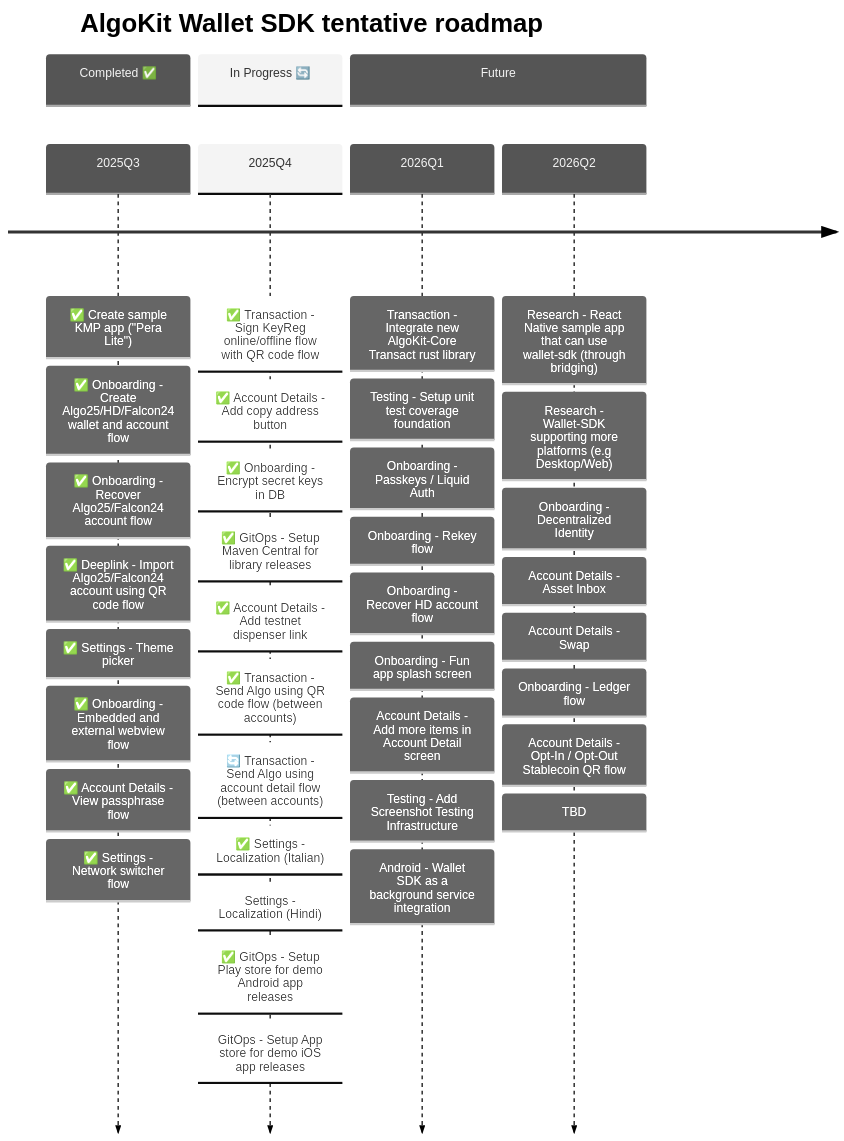
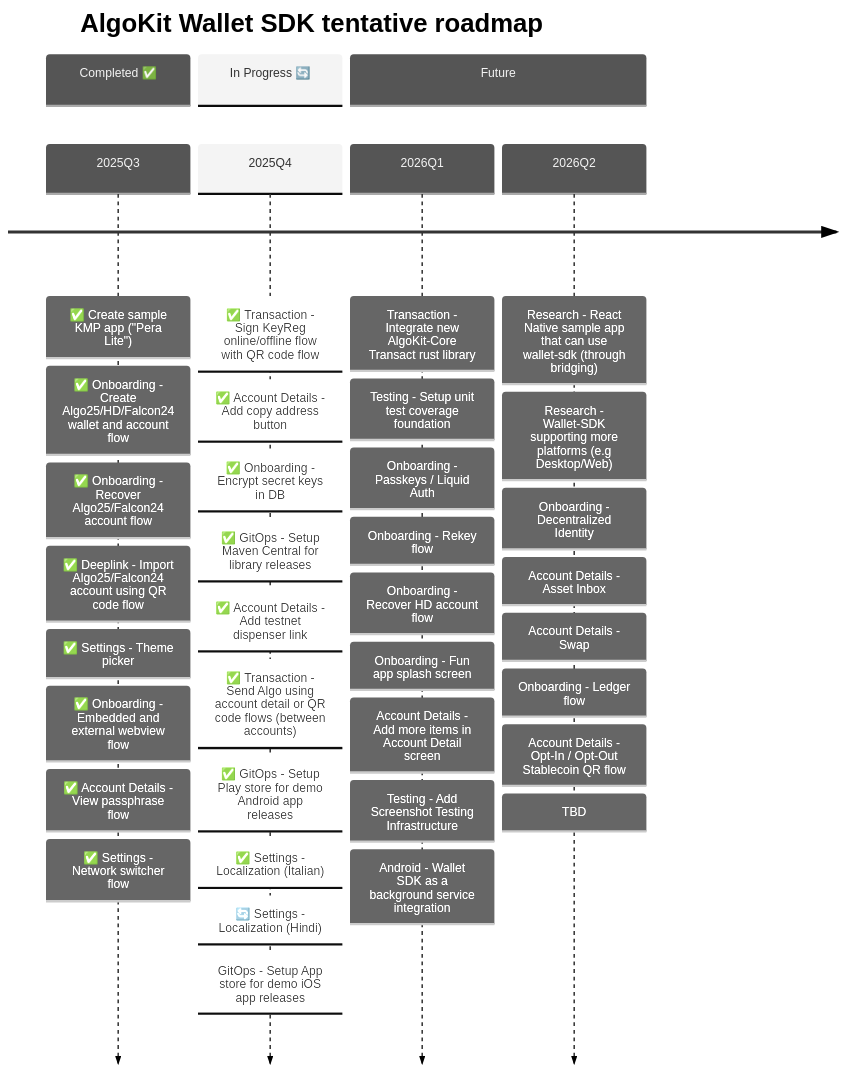
Before and after one commit to michaeltchuang/algokit-walletsdk-kmp: the second of 3 diagrams in README.md, drawn with Mermaid. The commit also changed other lines of this file and 17 other files, not shown here.

````diff
--- a/README.md
+++ b/README.md
@@ -67,50 +67,49 @@
 ```mermaid
 ---
 config:
   theme: 'neutral'
 ---
 timeline
     title AlgoKit Wallet SDK tentative roadmap
 
     section Completed ✅
     2025Q3  : ✅ Create sample KMP app ("Pera Lite")
             : ✅ Onboarding - Create Algo25/HD/Falcon24 wallet and account flow
             : ✅ Onboarding - Recover Algo25/Falcon24 account flow
             : ✅ Deeplink - Import Algo25/Falcon24 account using QR code flow
             : ✅ Settings - Theme picker
             : ✅ Onboarding - Embedded and external webview flow
             : ✅ Account Details - View passphrase flow
             : ✅ Settings - Network switcher flow
 
     section In Progress 🔄
     2025Q4  : ✅ Transaction - Sign KeyReg online/offline flow with QR code flow
             : ✅ Account Details - Add copy address button
             : ✅ Onboarding - Encrypt secret keys in DB
             : ✅ GitOps - Setup Maven Central for library releases
             : ✅ Account Details - Add testnet dispenser link
-            : ✅ Transaction - Send Algo using QR code flow (between accounts)
-            : 🔄 Transaction - Send Algo using account detail flow (between accounts)
+            : ✅ Transaction - Send Algo using account detail or QR code flows (between accounts)
+            : ✅ GitOps - Setup Play store for demo Android app releases
             : ✅ Settings - Localization (Italian)
-            : Settings - Localization (Hindi)
-            : ✅ GitOps - Setup Play store for demo Android app releases
+            : 🔄 Settings - Localization (Hindi)
             : GitOps - Setup App store for demo iOS app releases
 
     section Future
     2026Q1  : Transaction - Integrate new AlgoKit-Core Transact rust library
             : Testing - Setup unit test coverage foundation
             : Onboarding - Passkeys / Liquid Auth
             : Onboarding - Rekey flow
             : Onboarding - Recover HD account flow
             : Onboarding - Fun app splash screen
             : Account Details - Add more items in Account Detail screen
             : Testing - Add Screenshot Testing Infrastructure
             : Android - Wallet SDK as a background service integration
     2026Q2  : Research - React Native sample app that can use wallet-sdk (through bridging)
             : Research - Wallet-SDK supporting more platforms (e.g Desktop/Web)
             : Onboarding - Decentralized Identity
             : Account Details - Asset Inbox
             : Account Details - Swap
             : Onboarding - Ledger flow
             : Account Details - Opt-In / Opt-Out Stablecoin QR flow
             : TBD
 ```
````
